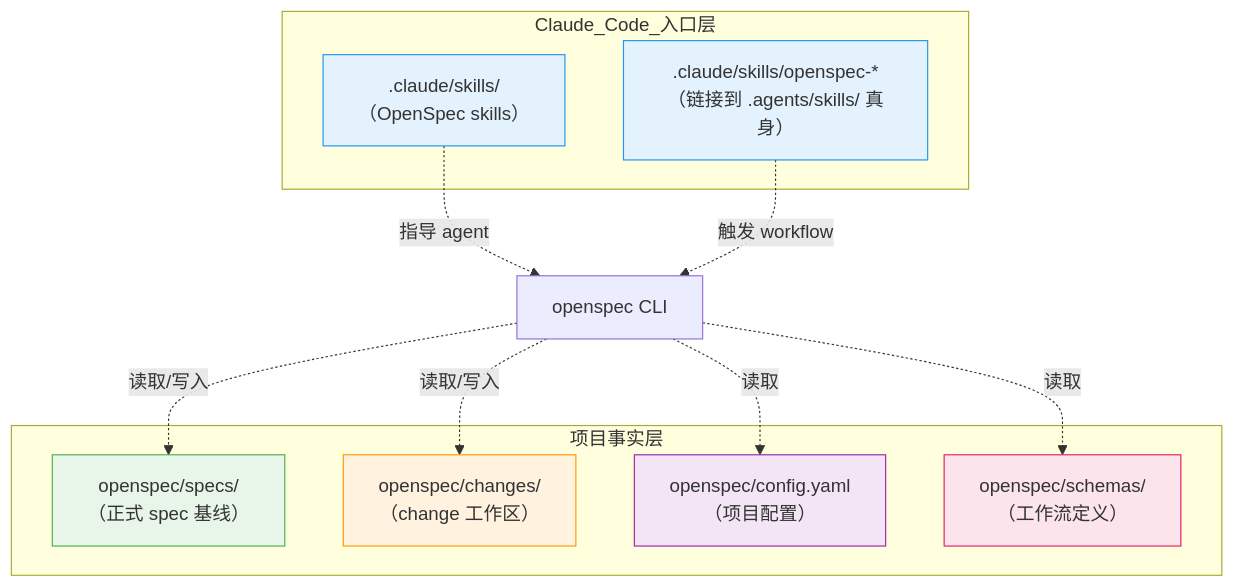
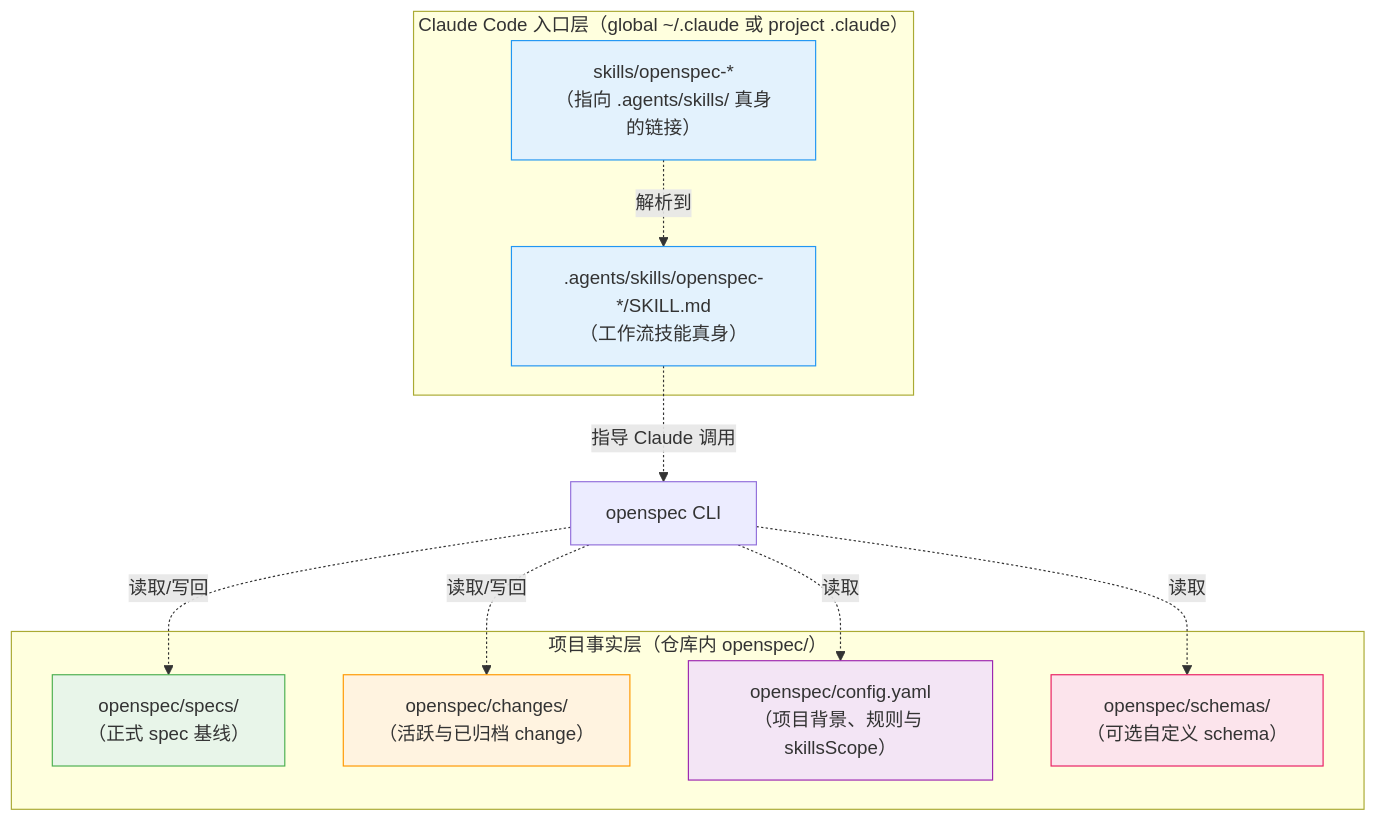
One commit to ethan-jiang-3/OpenSpec changed the first of 2 diagrams in _openspec_handbook/50-实战-claude-code-里的-openspec-到底怎么落地.md. Above: the diagram before and after it, drawn with Mermaid. The commit also changed other lines of this file and 190 other files, not shown here.

````diff
--- a/_openspec_handbook/50-实战-claude-code-里的-openspec-到底怎么落地.md
+++ b/_openspec_handbook/50-实战-claude-code-里的-openspec-到底怎么落地.md
@@ -164,28 +165,28 @@
 ```mermaid
 graph TB
-    subgraph Claude_Code_入口层
-    A[".claude/skills/<br/>（OpenSpec skills）"]
-    B[".claude/skills/openspec-*<br/>（链接到 .agents/skills/ 真身）"]
+    subgraph Claude_Code_入口层["Claude Code 入口层（global ~/.claude 或 project .claude）"]
+    A["skills/openspec-*<br/>（指向 .agents/skills/ 真身的链接）"]
+    B[".agents/skills/openspec-*/SKILL.md<br/>（工作流技能真身）"]
     end
 
-    subgraph 项目事实层
+    subgraph 项目事实层["项目事实层（仓库内 openspec/）"]
     C["openspec/specs/<br/>（正式 spec 基线）"]
-    D["openspec/changes/<br/>（change 工作区）"]
-    E["openspec/config.yaml<br/>（项目配置）"]
-    F["openspec/schemas/<br/>（工作流定义）"]
+    D["openspec/changes/<br/>（活跃与已归档 change）"]
+    E["openspec/config.yaml<br/>（项目背景、规则与 skillsScope）"]
+    F["openspec/schemas/<br/>（可选自定义 schema）"]
     end
 
-    A -.指导 agent.-> G[openspec CLI]
-    B -.触发 workflow.-> G
-    G -.读取/写入.-> C
-    G -.读取/写入.-> D
+    A -.解析到.-> B
+    B -.指导 Claude 调用.-> G[openspec CLI]
+    G -.读取/写回.-> C
+    G -.读取/写回.-> D
     G -.读取.-> E
     G -.读取.-> F
 
     style A fill:#e3f2fd,stroke:#2196f3
     style B fill:#e3f2fd,stroke:#2196f3
     style C fill:#e8f5e9,stroke:#4caf50
     style D fill:#fff3e0,stroke:#ff9800
     style E fill:#f3e5f5,stroke:#9c27b0
     style F fill:#fce4ec,stroke:#e91e63
 ```
````
